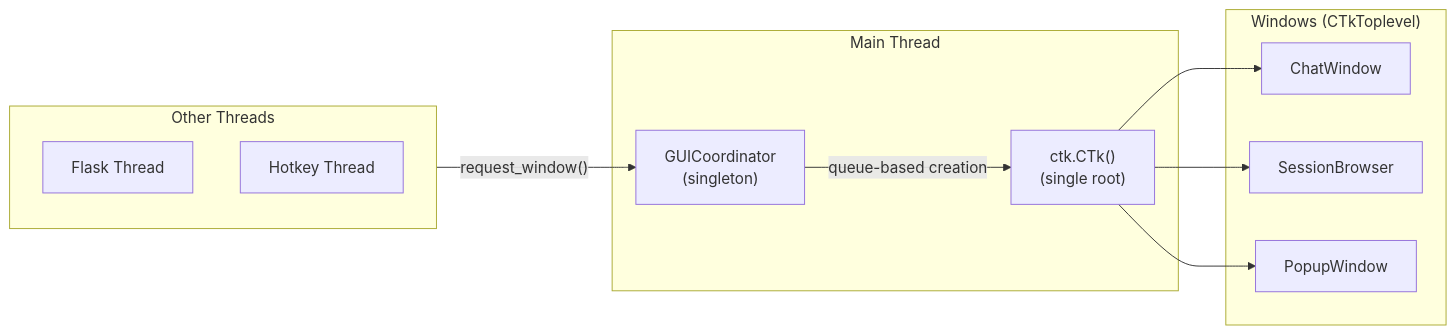
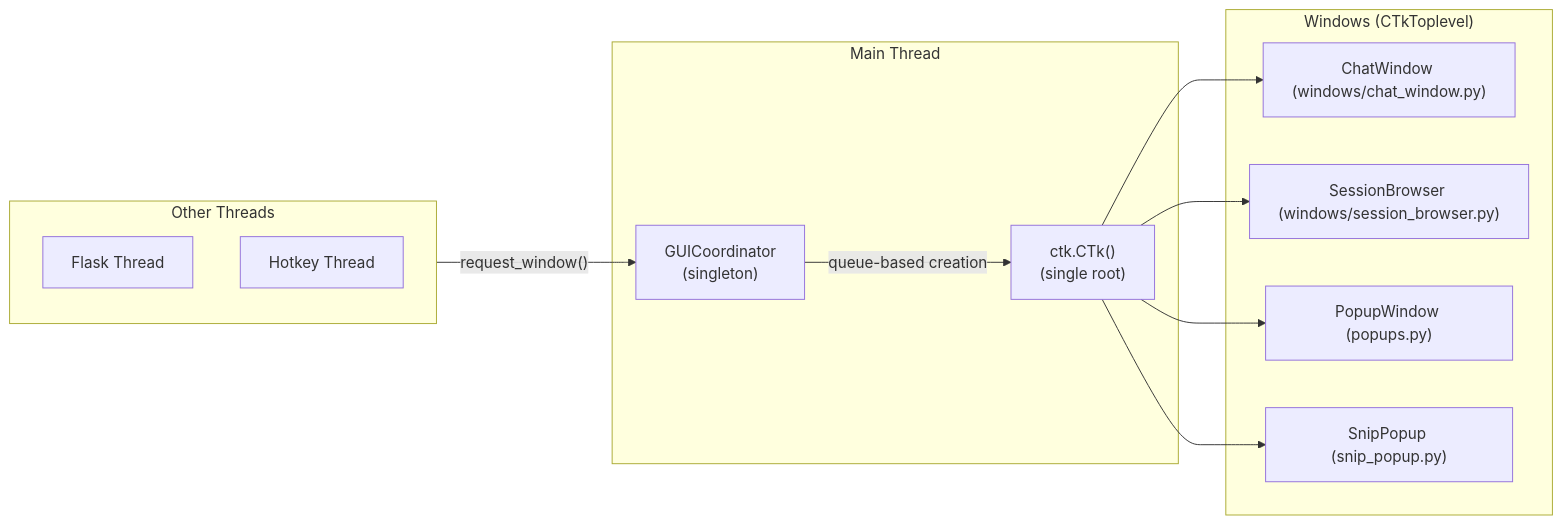
Before and after one commit to zaxx-q/AI-Bridge: the second of 2 diagrams in docs/ARCHITECTURE.md, drawn with Mermaid. The commit also changed other lines of this file and 3 other files, not shown here.

````diff
--- a/docs/ARCHITECTURE.md
+++ b/docs/ARCHITECTURE.md
@@ -106,24 +108,26 @@
 ```mermaid
 flowchart LR
     subgraph MainThread["Main Thread"]
         GC["GUICoordinator<br/>(singleton)"]
         Root["ctk.CTk()<br/>(single root)"]
     end
     
     subgraph Windows["Windows (CTkToplevel)"]
-        Chat["ChatWindow"]
-        Browser["SessionBrowser"]
-        Popup["PopupWindow"]
+        Chat["ChatWindow (windows/chat_window.py)"]
+        Browser["SessionBrowser (windows/session_browser.py)"]
+        Popup["PopupWindow (popups.py)"]
+        SnipUI["SnipPopup (snip_popup.py)"]
     end
     
     subgraph OtherThreads["Other Threads"]
         Flask["Flask Thread"]
         Hotkey["Hotkey Thread"]
     end
     
     OtherThreads -->|"request_window()"| GC
     GC -->|"queue-based creation"| Root
     Root --> Chat
     Root --> Browser
     Root --> Popup
+    Root --> SnipUI
 ```
````
